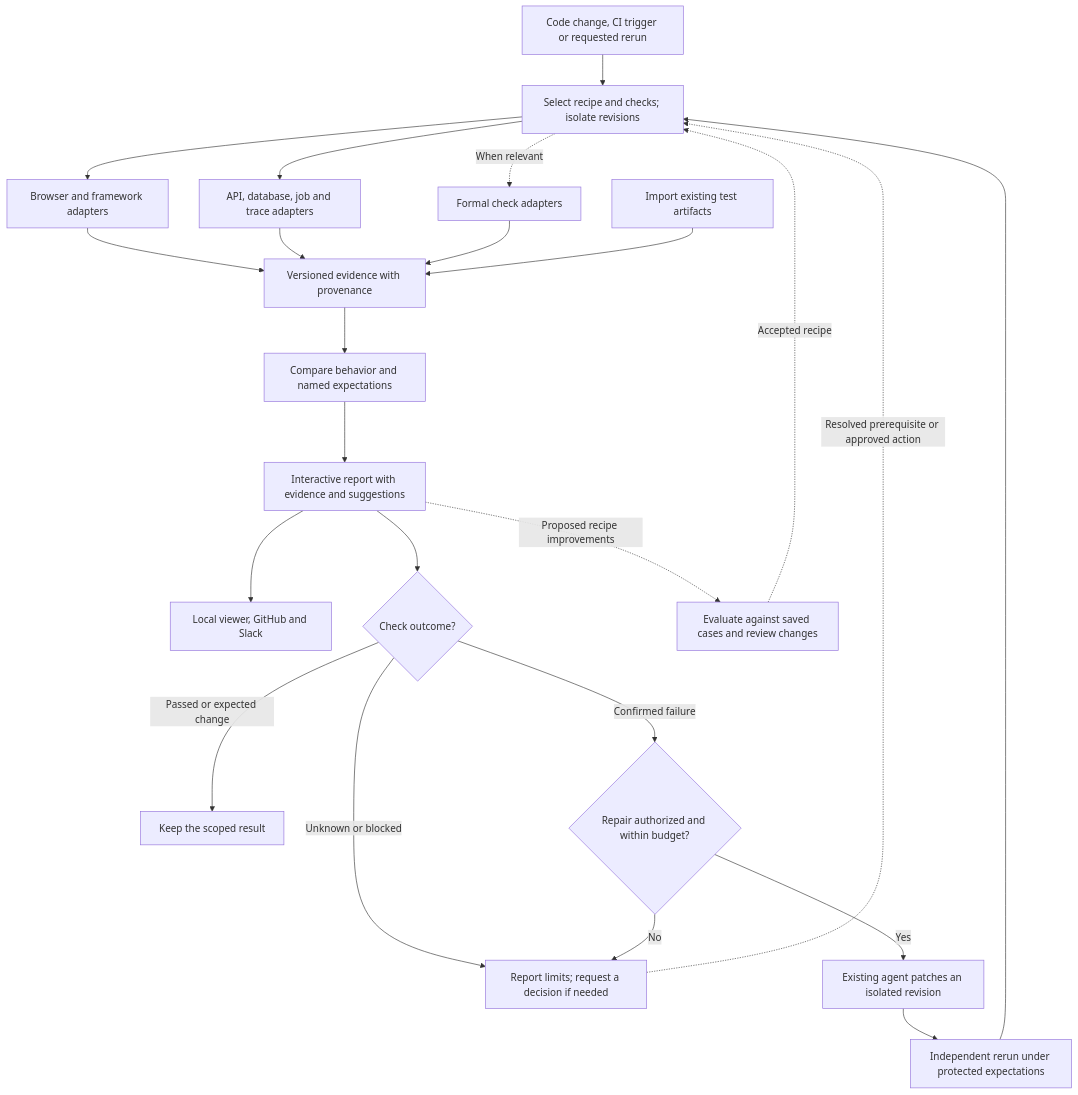
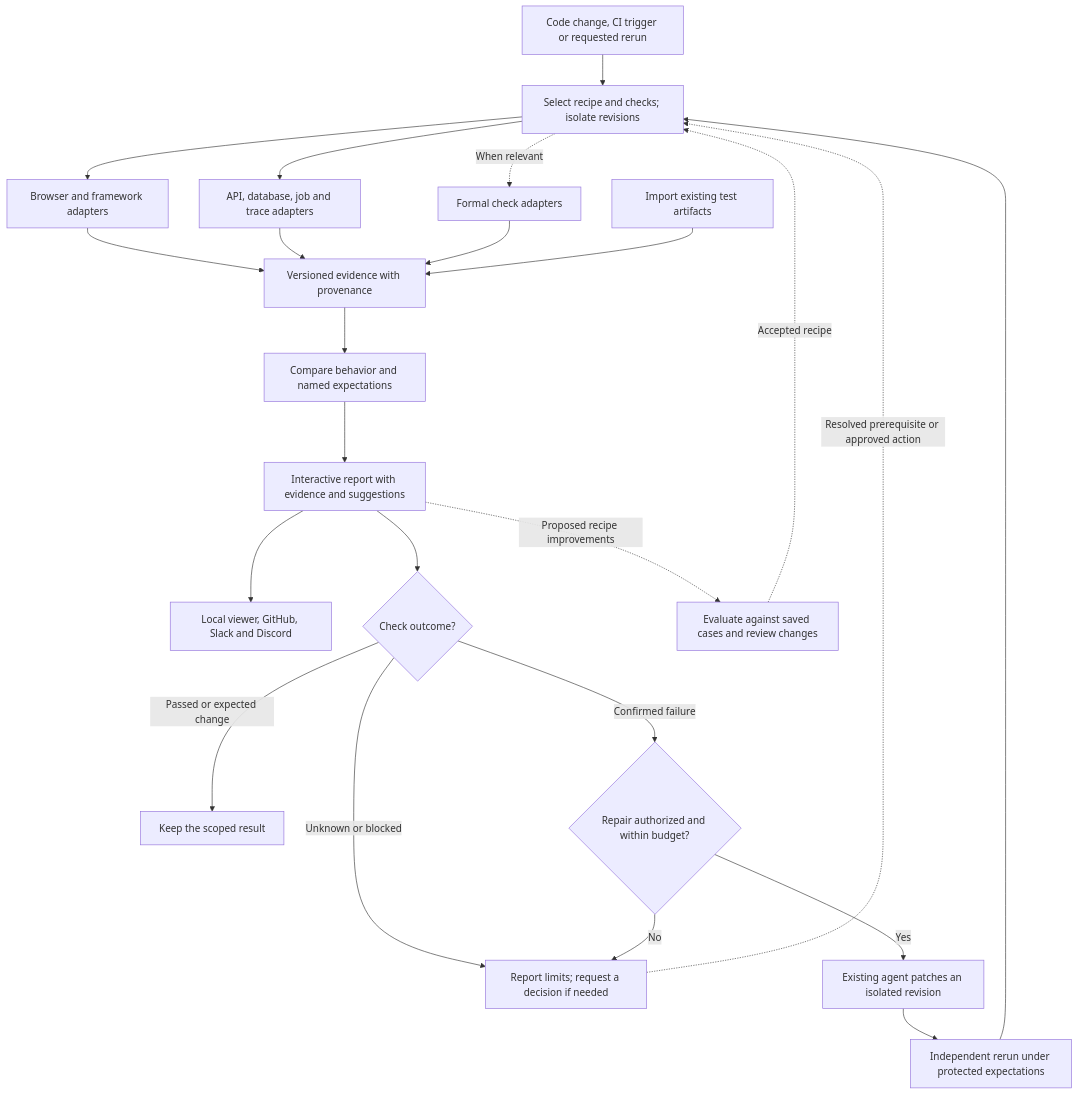
The diagram in README.md (actions-marketplace-validations/esau-morais_observed), drawn with Mermaid before and after one commit. The commit also changed other lines of this file and 10 other files, not shown here.

First line of the commit message:
feat(action): post failing results to Discord, and plan GitLab and Azure DevOps delivery (#87)

````diff
--- a/README.md
+++ b/README.md
@@ -288,25 +288,25 @@
 ```mermaid
 flowchart TD
     T["Code change, CI trigger or requested rerun"] --> R["Select recipe and checks; isolate revisions"]
     R --> B["Browser and framework adapters"]
     R --> S["API, database, job and trace adapters"]
     R -. "When relevant" .-> F["Formal check adapters"]
     B --> E["Versioned evidence with provenance"]
     S --> E
     F --> E
     I["Import existing test artifacts"] --> E
     E --> C["Compare behavior and named expectations"]
     C --> V["Interactive report with evidence and suggestions"]
-    V --> D["Local viewer, GitHub and Slack"]
+    V --> D["Local viewer, GitHub, Slack and Discord"]
     V --> Q{"Check outcome?"}
     Q -->|Passed or expected change| N["Keep the scoped result"]
     Q -->|Unknown or blocked| U["Report limits; request a decision if needed"]
     Q -->|Confirmed failure| G{"Repair authorized and within budget?"}
     G -->|No| U
     G -->|Yes| A["Existing agent patches an isolated revision"]
     A --> J["Independent rerun under protected expectations"]
     J --> R
     U -. "Resolved prerequisite or approved action" .-> R
     V -. "Proposed recipe improvements" .-> L["Evaluate against saved cases and review changes"]
     L -. "Accepted recipe" .-> R
 ```
````
